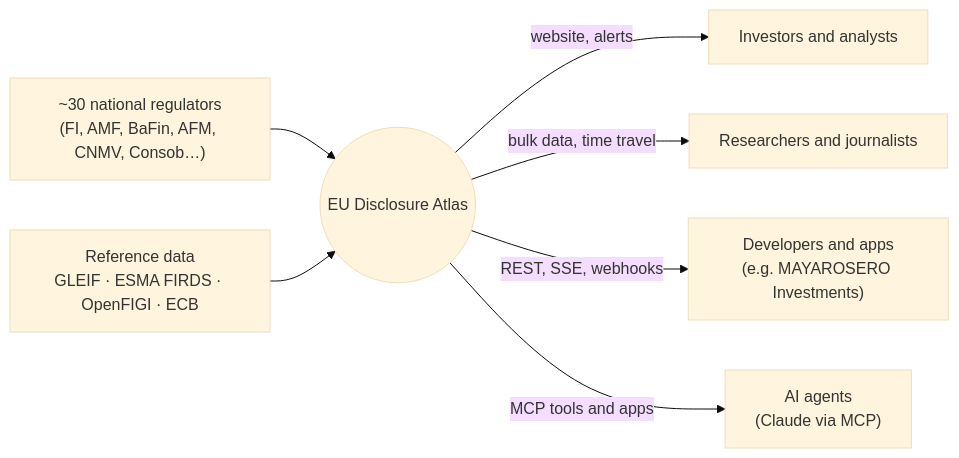
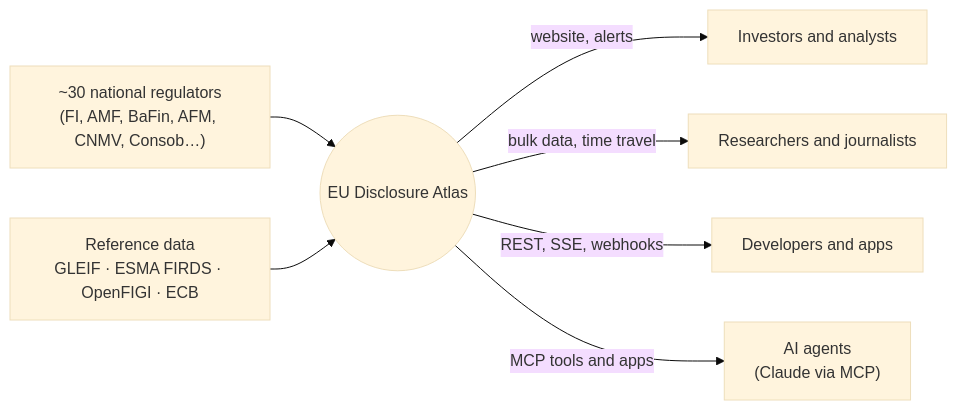
The first of 4 diagrams in docs/architecture.md (Manuelma4/eu-disclosure-atlas), drawn with Mermaid (base theme) before and after one commit. The commit also changed 10 other files, not shown here.

````diff
--- a/docs/architecture.md
+++ b/docs/architecture.md
@@ -22,16 +22,16 @@
 ```mermaid
 flowchart LR
     REG["~30 national regulators<br/>(FI, AMF, BaFin, AFM, CNMV, Consob…)"]
     REF["Reference data<br/>GLEIF · ESMA FIRDS · OpenFIGI · ECB"]
     ATLAS(("EU Disclosure Atlas"))
     INV["Investors and analysts"]
     RES["Researchers and journalists"]
-    DEV["Developers and apps<br/>(e.g. MAYAROSERO Investments)"]
+    DEV["Developers and apps"]
     AGT["AI agents<br/>(Claude via MCP)"]
     REG --> ATLAS
     REF --> ATLAS
     ATLAS -- website, alerts --> INV
     ATLAS -- bulk data, time travel --> RES
     ATLAS -- REST, SSE, webhooks --> DEV
     ATLAS -- MCP tools and apps --> AGT
 ```
````
